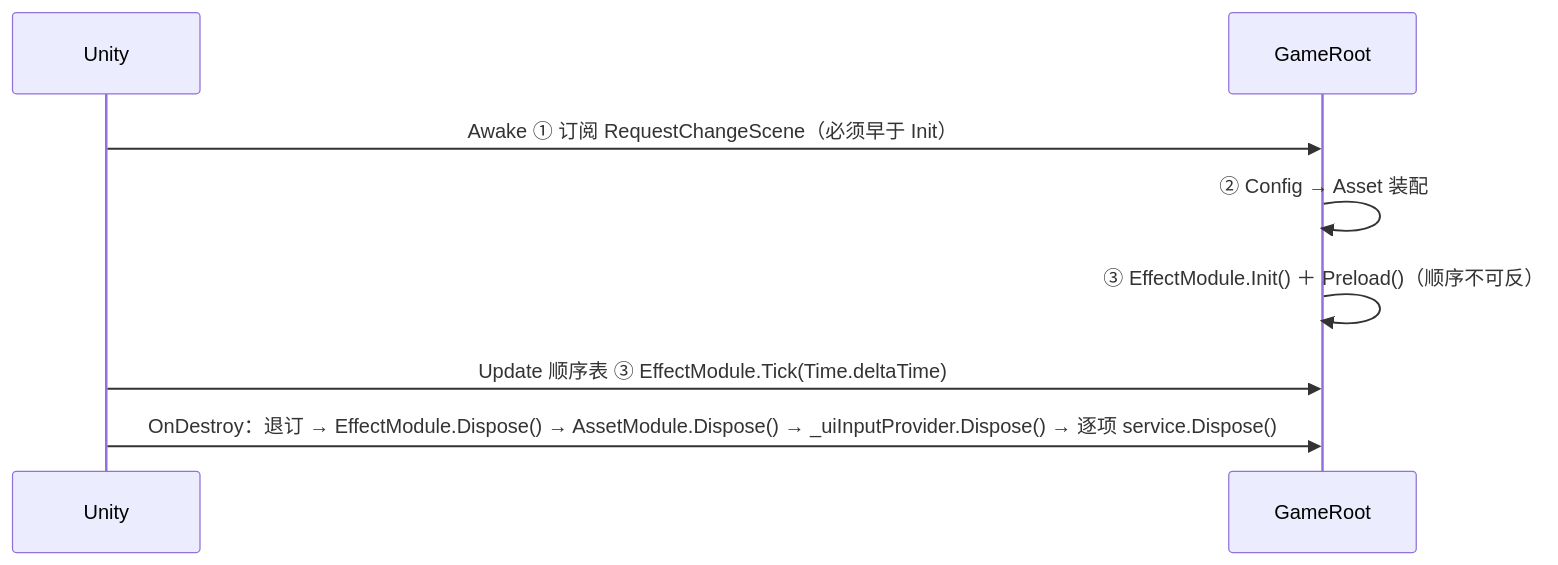
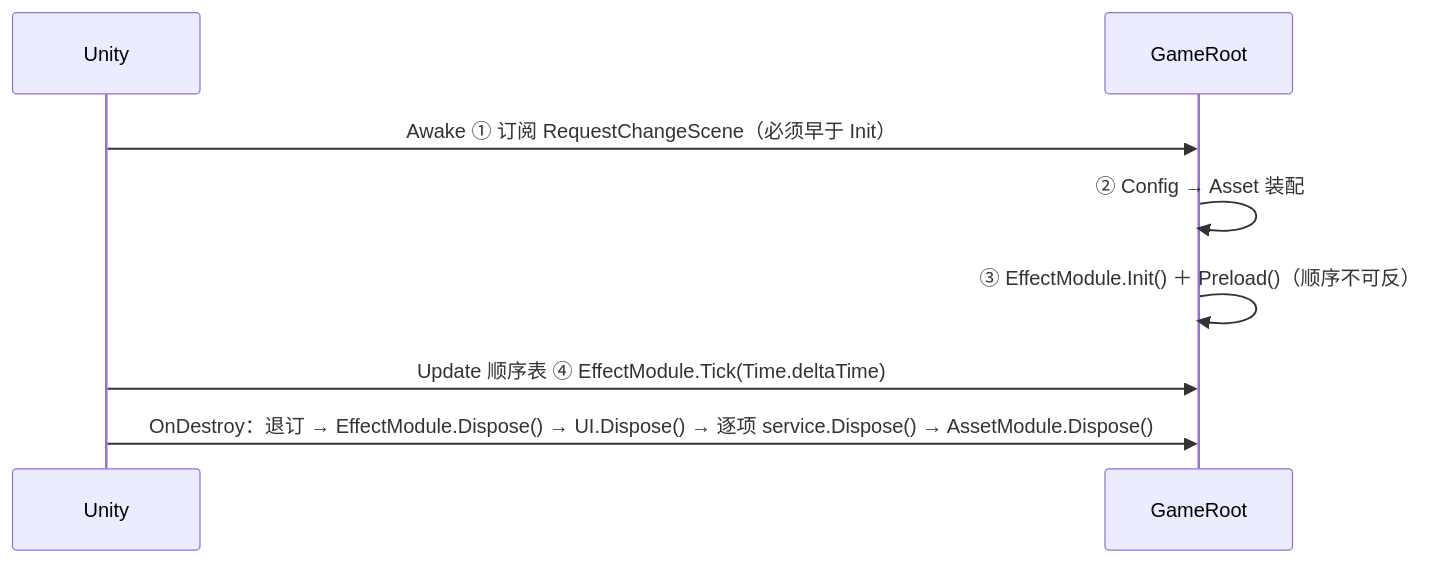
Before and after one commit to 5FYZhou/deepseaoil: the third of 3 diagrams in Docs/粒子特效系统/粒子特效系统 · 设计与契约.md, drawn with Mermaid. The commit also changed other lines of this file and 13 other files, not shown here.

````diff
--- a/Docs/粒子特效系统/粒子特效系统 · 设计与契约.md
+++ b/Docs/粒子特效系统/粒子特效系统 · 设计与契约.md
@@ -125,10 +132,10 @@
 ```mermaid
 sequenceDiagram
     participant U as Unity
     participant GR as GameRoot
     U->>GR: Awake ① 订阅 RequestChangeScene（必须早于 Init）
     GR->>GR: ② Config → Asset 装配
     GR->>GR: ③ EffectModule.Init() ＋ Preload()（顺序不可反）
-    U->>GR: Update 顺序表 ③ EffectModule.Tick(Time.deltaTime)
-    U->>GR: OnDestroy：退订 → EffectModule.Dispose() → AssetModule.Dispose() → _uiInputProvider.Dispose() → 逐项 service.Dispose()
+    U->>GR: Update 顺序表 ④ EffectModule.Tick(Time.deltaTime)
+    U->>GR: OnDestroy：退订 → EffectModule.Dispose() → UI.Dispose() → 逐项 service.Dispose() → AssetModule.Dispose()
 ```
````
